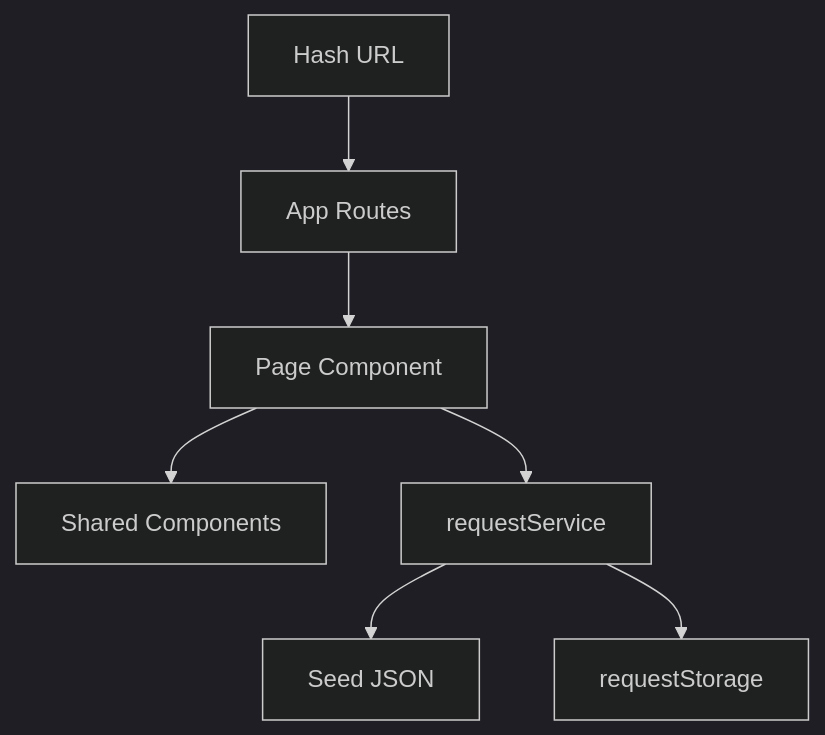
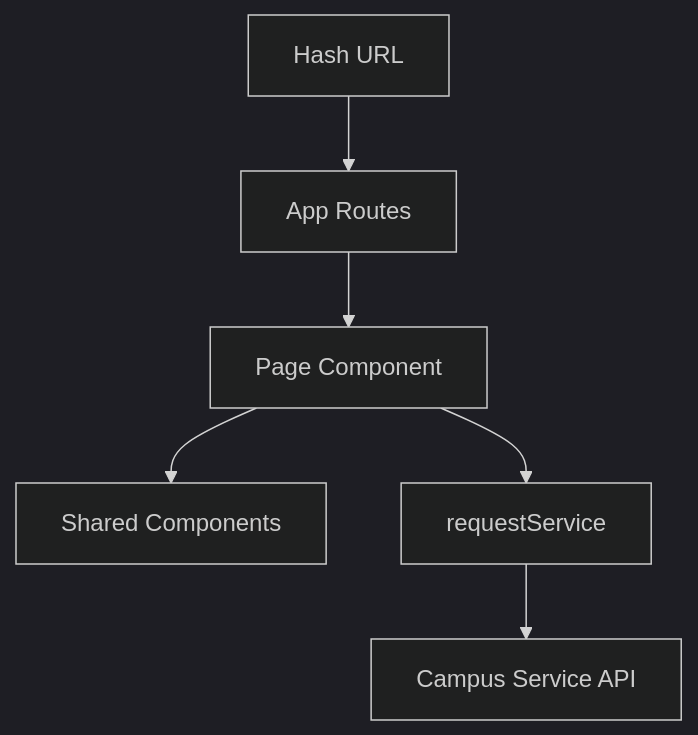
The diagram in labs/week-13-quality-security/lab13/starter/frontend/README.md (PWachirawit/engse203-labs-student-68543210067-3), drawn with Mermaid (dark theme) before and after one commit. The commit also changed other lines of this file and 54 other files, not shown here.

````diff
--- a/labs/week-13-quality-security/lab13/starter/frontend/README.md
+++ b/labs/week-13-quality-security/lab13/starter/frontend/README.md
@@ -17,9 +17,8 @@
 ```mermaid
 flowchart TD
   URL[Hash URL] --> Routes[App Routes]
   Routes --> Page[Page Component]
   Page --> UI[Shared Components]
   Page --> Service[requestService]
-  Service --> Seed[Seed JSON]
-  Service --> Storage[requestStorage]
+  Service --> API[Campus Service API]
 ```
````
